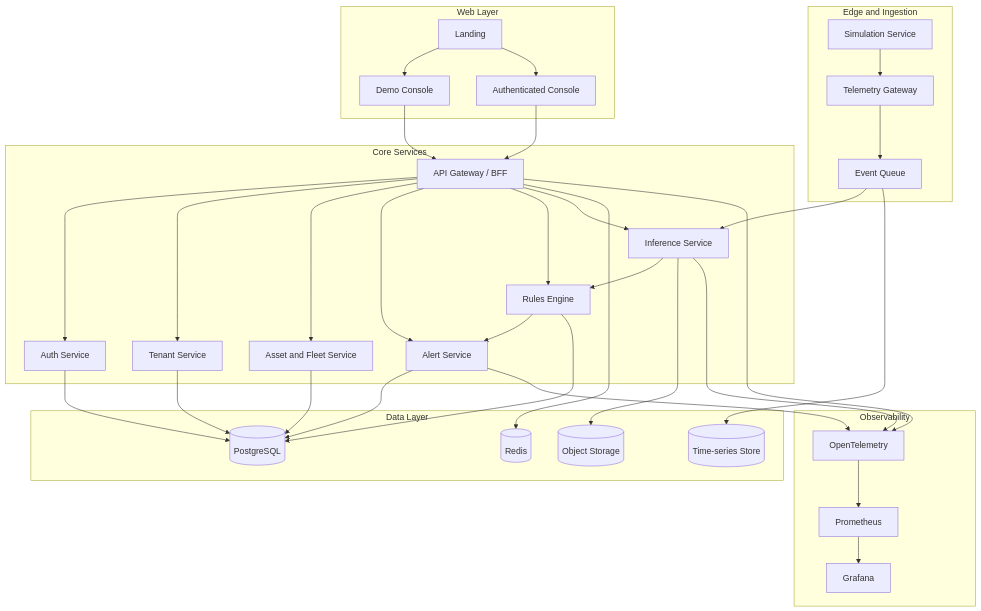
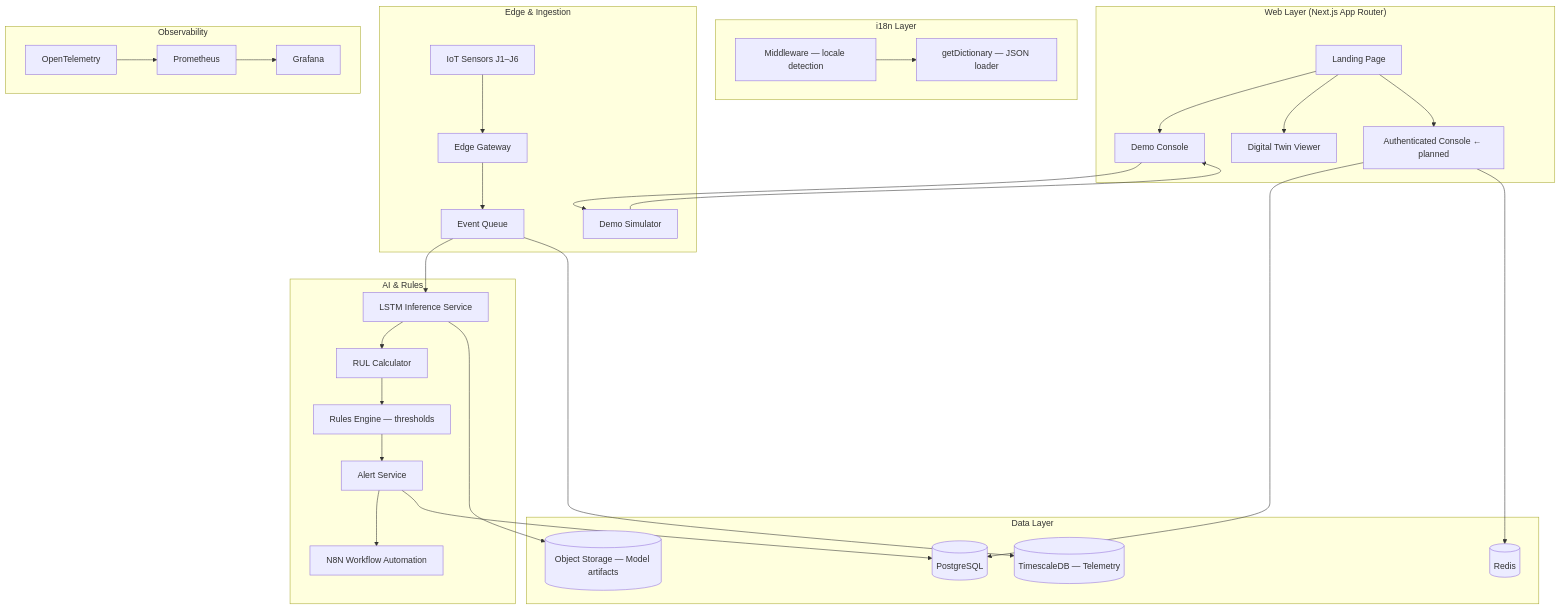
Before and after one commit to deepdevjose/Arm-SaaS: the second of 3 diagrams in docs/arm-health-architecture.md, drawn with Mermaid. The commit also changed other lines of this file and 66 other files, not shown here.

Commit message:
feat: initialize SaaS platform architecture with Next.js, internationalization, and core UI components

````diff
--- a/docs/arm-health-architecture.md
+++ b/docs/arm-health-architecture.md
@@ -133,69 +108,60 @@
 ```mermaid
 flowchart TB
-    subgraph Web[Web Layer]
-        L[Landing]
-        D[Demo Console]
-        A[Authenticated Console]
+    subgraph Web["Web Layer (Next.js App Router)"]
+        LANDING[Landing Page]
+        DEMO[Demo Console]
+        TWIN[Digital Twin Viewer]
+        APP[Authenticated Console ← planned]
     end
 
-    subgraph Edge[Edge and Ingestion]
-        G[Telemetry Gateway]
-        S[Simulation Service]
-        Q[Event Queue]
+    subgraph i18n["i18n Layer"]
+        MW[Middleware — locale detection]
+        DICT[getDictionary — JSON loader]
     end
 
-    subgraph Core[Core Services]
-        API[API Gateway / BFF]
-        AUTH[Auth Service]
-        TENANT[Tenant Service]
-        ASSET[Asset and Fleet Service]
-        ALERT[Alert Service]
-        RULES[Rules Engine]
-        AI[Inference Service]
+    subgraph Edge["Edge & Ingestion"]
+        SENSORS[IoT Sensors J1–J6]
+        GW[Edge Gateway]
+        Q[Event Queue]
+        SIM[Demo Simulator]
     end
 
-    subgraph Data[Data Layer]
-        PG[(PostgreSQL)]
-        TS[(Time-series Store)]
-        REDIS[(Redis)]
-        OBJ[(Object Storage)]
+    subgraph AI["AI & Rules"]
+        LSTM[LSTM Inference Service]
+        RUL[RUL Calculator]
+        RULES[Rules Engine — thresholds]
+        ALERT[Alert Service]
+        N8N[N8N Workflow Automation]
     end
 
-    subgraph Obs[Observability]
+    subgraph Data["Data Layer"]
+        PG[(PostgreSQL)]
+        TS[(TimescaleDB — Telemetry)]
+        REDIS[(Redis)]
+        OBJ[(Object Storage — Model artifacts)]
+    end
+
+    subgraph Obs["Observability"]
         OTEL[OpenTelemetry]
         PROM[Prometheus]
         GRAF[Grafana]
     end
 
-    L --> D
-    L --> A
-    D --> API
-    A --> API
-    API --> AUTH
-    API --> TENANT
-    API --> ASSET
-    API --> ALERT
-    API --> RULES
-    API --> AI
+    MW --> DICT
+    LANDING --> DEMO
+    LANDING --> TWIN
+    LANDING --> APP
+    DEMO --> SIM
+    SIM --> DEMO
 
-    S --> G
-    G --> Q
-    Q --> AI
+    SENSORS --> GW --> Q
+    Q --> LSTM --> RUL --> RULES --> ALERT --> N8N
     Q --> TS
-    AI --> RULES
-    RULES --> ALERT
 
-    AUTH --> PG
-    TENANT --> PG
-    ASSET --> PG
+    APP --> PG
     ALERT --> PG
-    RULES --> PG
-    AI --> OBJ
-    API --> REDIS
+    LSTM --> OBJ
+    APP --> REDIS
 
-    API --> OTEL
-    AI --> OTEL
-    ALERT --> OTEL
-    OTEL --> PROM
-    PROM --> GRAF
+    OTEL --> PROM --> GRAF
 ```
````
